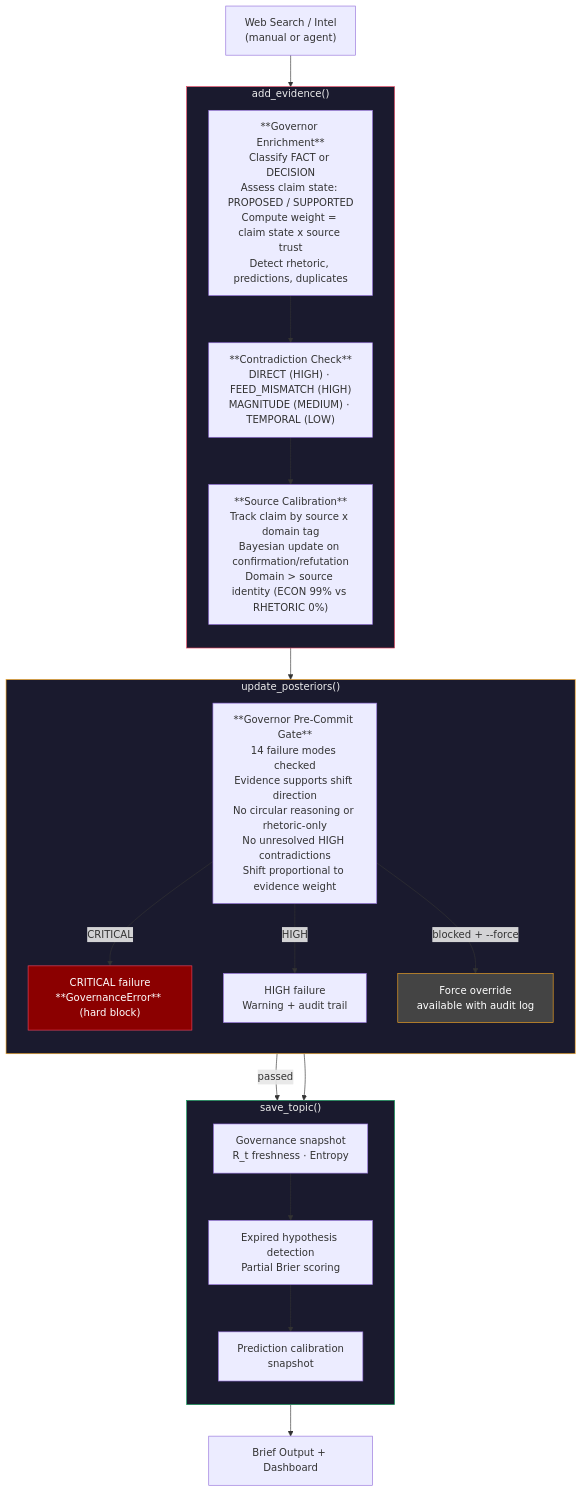
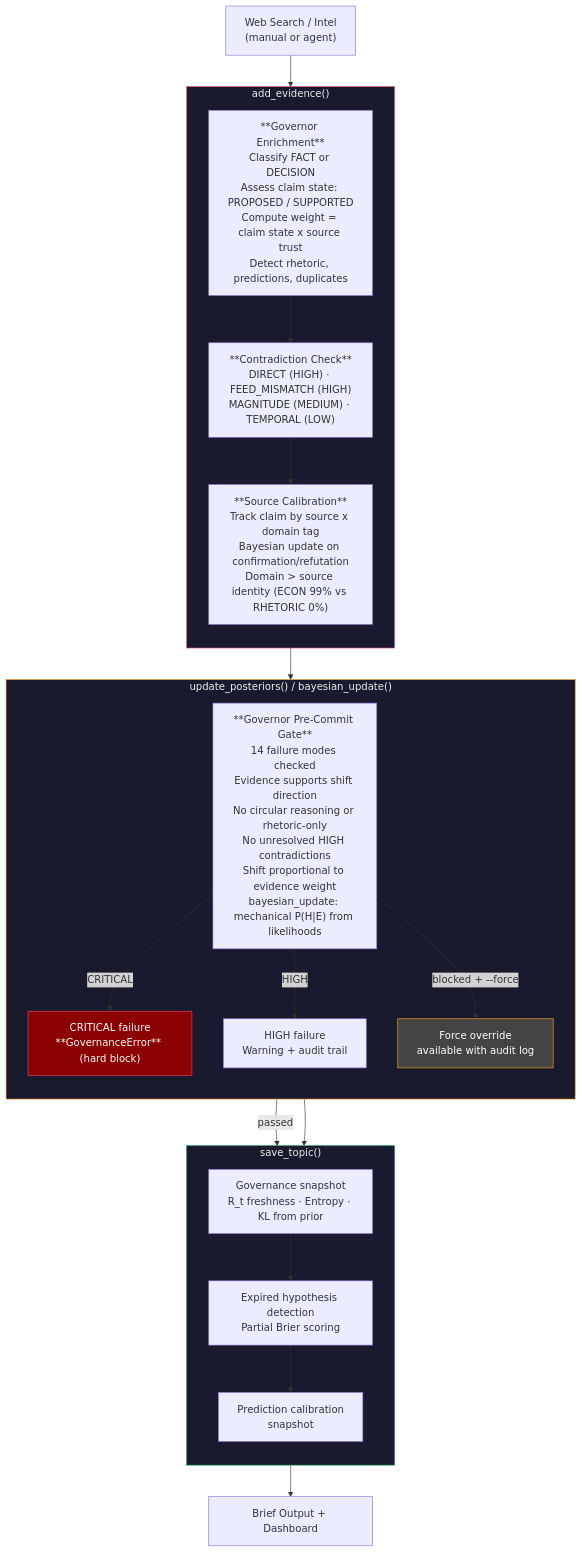
The first of 3 diagrams in README.md (lastnpcalex/nrol-alpha-omega), drawn with Mermaid before and after one commit. The commit also changed other lines of this file and 2 other files, not shown here.

First line of the commit message:
feat: bayesian_update(), KL from prior, information chains, info-theoretic R_t

````diff
--- a/README.md
+++ b/README.md
@@ -29,45 +29,45 @@
 ```mermaid
 flowchart TD
     Intel["Web Search / Intel\n(manual or agent)"]
 
     subgraph ADD ["add_evidence()"]
         direction TB
         Enrich["**Governor Enrichment**\nClassify FACT or DECISION\nAssess claim state: PROPOSED / SUPPORTED\nCompute weight = claim state x source trust\nDetect rhetoric, predictions, duplicates"]
         Contra["**Contradiction Check**\nDIRECT (HIGH) · FEED_MISMATCH (HIGH)\nMAGNITUDE (MEDIUM) · TEMPORAL (LOW)"]
         SrcCal["**Source Calibration**\nTrack claim by source x domain tag\nBayesian update on confirmation/refutation\nDomain > source identity (ECON 99% vs RHETORIC 0%)"]
         Enrich --> Contra --> SrcCal
     end
 
-    subgraph UPDATE ["update_posteriors()"]
+    subgraph UPDATE ["update_posteriors() / bayesian_update()"]
         direction TB
-        Gate["**Governor Pre-Commit Gate**\n14 failure modes checked\nEvidence supports shift direction\nNo circular reasoning or rhetoric-only\nNo unresolved HIGH contradictions\nShift proportional to evidence weight"]
+        Gate["**Governor Pre-Commit Gate**\n14 failure modes checked\nEvidence supports shift direction\nNo circular reasoning or rhetoric-only\nNo unresolved HIGH contradictions\nShift proportional to evidence weight\nbayesian_update: mechanical P(H|E) from likelihoods"]
         Block["CRITICAL failure\n**GovernanceError** (hard block)"]
         Warn["HIGH failure\nWarning + audit trail"]
         Force["Force override\navailable with audit log"]
         Gate -->|"CRITICAL"| Block
         Gate -->|"HIGH"| Warn
         Gate -->|"blocked + --force"| Force
     end
 
     subgraph SAVE ["save_topic()"]
         direction TB
-        Gov["Governance snapshot\nR_t freshness · Entropy"]
+        Gov["Governance snapshot\nR_t freshness · Entropy · KL from prior"]
         Expire["Expired hypothesis detection\nPartial Brier scoring"]
         Snap["Prediction calibration\nsnapshot"]
         Gov --> Expire --> Snap
     end
 
     Output["Brief Output + Dashboard"]
 
     Intel --> ADD
     ADD --> UPDATE
     UPDATE -->|"passed"| SAVE
     Force --> SAVE
     SAVE --> Output
 
     style ADD fill:#1a1a2e,stroke:#e94560,color:#eee
     style UPDATE fill:#1a1a2e,stroke:#f5a623,color:#eee
     style SAVE fill:#1a1a2e,stroke:#0f9b58,color:#eee
     style Block fill:#8b0000,stroke:#e94560,color:#fff
     style Force fill:#444,stroke:#f5a623,color:#fff
 ```
````
